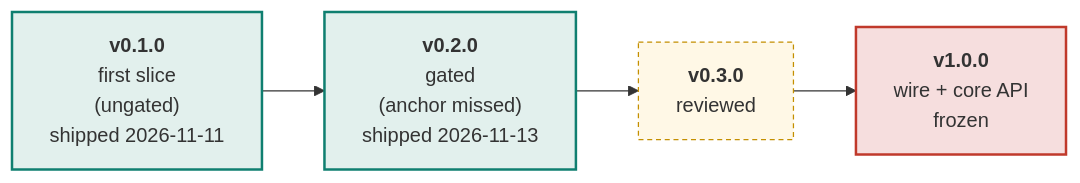
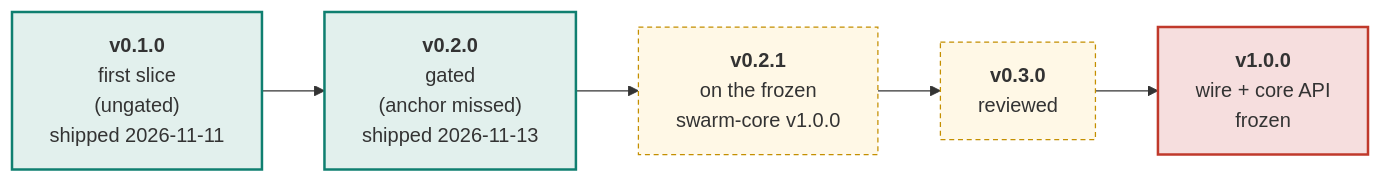
One commit to swarm-routing/ARA changed the first of 2 diagrams in docs/roadmap.md. Above: the diagram before and after it, drawn with Mermaid. The commit also changed other lines of this file and 1 other file, not shown here.

First paragraph of the commit message:
ci(release): an increment input, and the v0.2.1 ladder row on swarm-core v1.0.0 (#185)
## Summary

````diff
--- a/docs/roadmap.md
+++ b/docs/roadmap.md
@@ -30,14 +30,16 @@
 ```mermaid
 flowchart LR
     V01["<b>v0.1.0</b><br/>first slice<br/>(ungated)<br/>shipped 2026-11-11"]
     V02["<b>v0.2.0</b><br/>gated<br/>(anchor missed)<br/>shipped 2026-11-13"]
+    V021["<b>v0.2.1</b><br/>on the frozen<br/>swarm-core v1.0.0"]
     V03["<b>v0.3.0</b><br/>reviewed"]
     V10["<b>v1.0.0</b><br/>wire + core API<br/>frozen"]
 
-    V01 --> V02 --> V03 --> V10
+    V01 --> V02 --> V021 --> V03 --> V10
 
     style V01 fill:#e2f0ed,stroke:#0f7f70,stroke-width:2px
     style V02 fill:#e2f0ed,stroke:#0f7f70,stroke-width:2px
+    style V021 fill:#fff8e6,stroke:#c48f00,stroke-dasharray:4 3
     style V03 fill:#fff8e6,stroke:#c48f00,stroke-dasharray:4 3
     style V10 fill:#f6dede,stroke:#c0392b,stroke-width:2px
 ```
````
